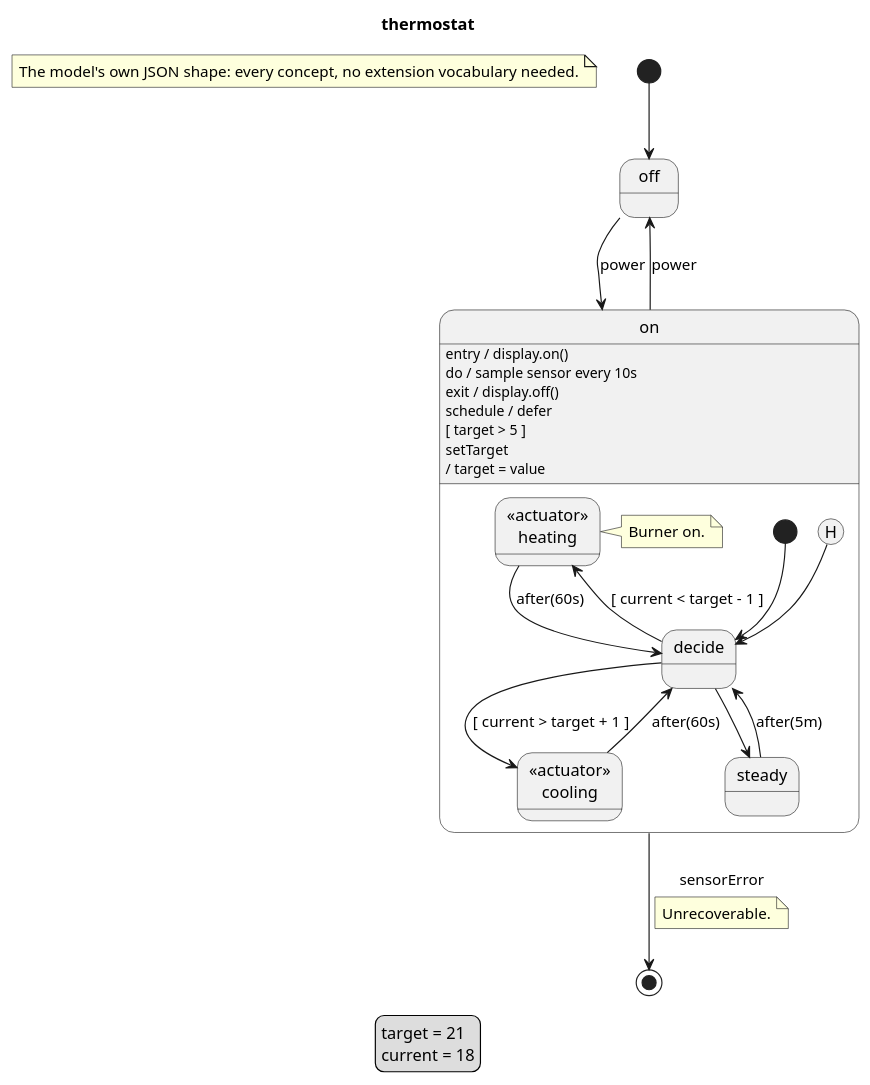
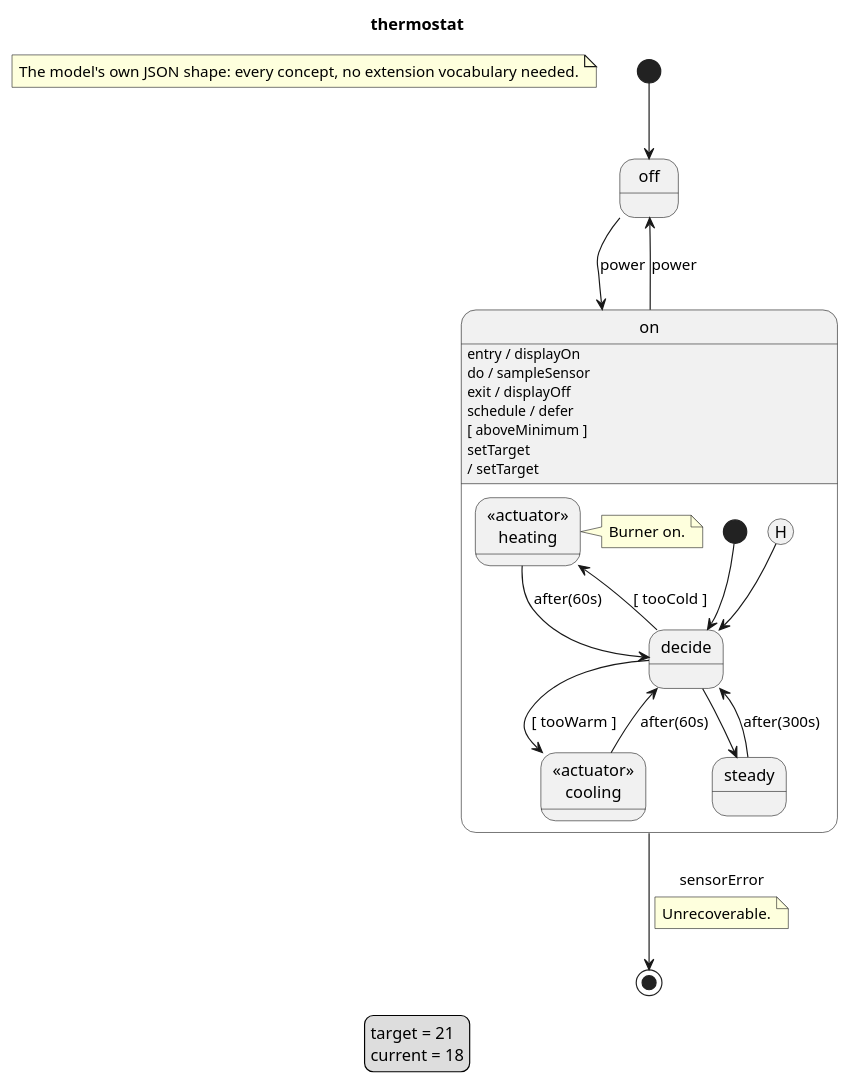
One commit to vincedupuis/transplantUML changed the diagram in example/thermostat.puml. Above: the diagram before and after it, drawn with PlantUML. The commit also changed 28 other files, not shown here.

```diff
--- a/example/thermostat.puml
+++ b/example/thermostat.puml
@@ -1,39 +1,39 @@
 @startuml
 title thermostat
 note as machineNote
     The model's own JSON shape: every concept, no extension vocabulary needed.
 end note
 legend
     target = 21
     current = 18
 endlegend
 [*] --> off
 state off
 state on {
     [*] --> decide
     state decide <<choice>>
     state "«actuator»\nheating" as heating <<actuator>>
     note right of heating : Burner on.
     state "«actuator»\ncooling" as cooling <<actuator>>
     state steady
     state last <<history>>
-    decide --> heating: [ current < target - 1 ]
-    decide --> cooling: [ current > target + 1 ]
+    decide --> heating: [ tooCold ]
+    decide --> cooling: [ tooWarm ]
     decide --> steady
     heating --> decide: after(60s)
     cooling --> decide: after(60s)
-    steady --> decide: after(5m)
+    steady --> decide: after(300s)
     last --> decide
 }
-on : entry / display.on()
-on : do / sample sensor every 10s
-on : exit / display.off()
+on : entry / displayOn
+on : do / sampleSensor
+on : exit / displayOff
 on : schedule / defer
-on : [ target > 5 ]
+on : [ aboveMinimum ]
 state fault <<end>>
 off --> on: power
 on --> off: power
 on --> fault: sensorError
 note on link : Unrecoverable.
-on : setTarget\n/ target = value
+on : setTarget\n/ setTarget
 @enduml
```
